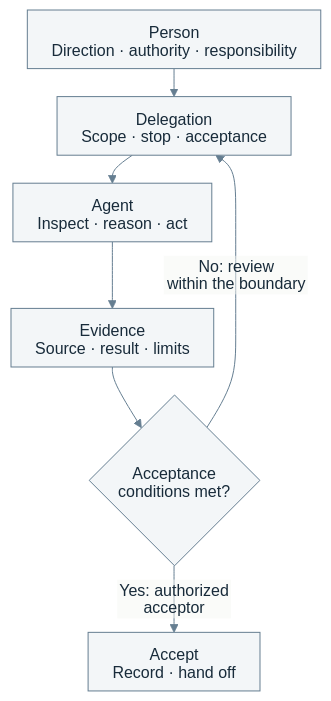
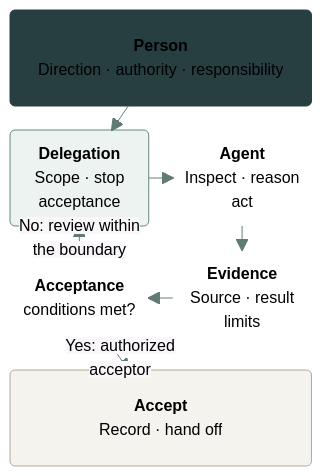
The diagram in docs/human-agent.md (HengYangDS/data-department-work-guidelines), drawn with Mermaid before and after one commit. The commit also changed other lines of this file and 6 other files, not shown here.

````diff
--- a/docs/human-agent.md
+++ b/docs/human-agent.md
@@ -71,30 +79,44 @@
 ```mermaid
 ---
 config:
   theme: base
   look: classic
-  htmlLabels: false
+  htmlLabels: true
   fontFamily: "system-ui, sans-serif"
   themeVariables:
     fontFamily: "system-ui, sans-serif"
     fontSize: "16px"
-    primaryColor: "#f3f6f8"
-    primaryTextColor: "#182b3a"
+    primaryColor: "#fbfaf7"
+    primaryTextColor: "#28373b"
     primaryBorderColor: "#657e91"
-    lineColor: "#657e91"
-  flowchart:
-    nodeSpacing: 24
-    rankSpacing: 28
-    padding: 12
-    wrappingWidth: 280
+    lineColor: "#627a75"
+  themeCSS: |
+    .nodeLabel { font-size: 14px; line-height: 1.35; }
+    .nodeLabel b { font-size: 16px; font-weight: 600; }
+    .nodeLabel small { font-size: 11px; font-weight: 500; letter-spacing: 0.75px; }
+    .edgeLabel { font-size: 12px; line-height: 1.25; }
+    .edgeLabel .label { transform-box: fill-box; transform: translate(8px, -50%); }
+    .edgeLabel .label[data-id$="-V-C"] { transform: translate(8px, -100%); }
+  block:
+    padding: 24
 ---
-flowchart TB
-    accTitle: Delegated capability with retained human responsibility
-    accDescr: A person defines the task boundary. The Agent investigates and acts within it, then returns evidence. An authorized person checks the actual work. Unmet conditions return to review within the boundary; acceptance never expands permission or transfers responsibility.
-    H["Person<br/>Direction · authority · responsibility"] --> B["Delegation<br/>Scope · stop · acceptance"]
-    B --> A["Agent<br/>Inspect · reason · act"]
-    A --> E["Evidence<br/>Source · result · limits"]
-    E --> V{"Acceptance<br/>conditions met?"}
-    V -- "No: review<br/>within the boundary" --> B
-    V -- "Yes: authorized<br/>acceptor" --> C["Accept<br/>Record · hand off"]
+block-beta
+    columns 2
+    H("<b>Person</b><br/>Direction · authority · responsibility"):2
+    B("<b>Delegation</b><br/>Scope · stop<br/>acceptance") A("<b>Agent</b><br/>Inspect · reason<br/>act")
+    V("<b>Acceptance</b><br/>conditions met?") E("<b>Evidence</b><br/>Source · result<br/>limits")
+    C("<b>Accept</b><br/>Record · hand off"):2
+    H --> B
+    B --> A
+    A --> E
+    E --> V
+    V -- "No: review within<br/>the boundary" --> B
+    V -- "Yes: authorized<br/>acceptor" --> C
+    classDef default fill:none,stroke:none,color:#28373b
+    classDef authority fill:#edf3f1,stroke:#648a80,color:#234b42,stroke-width:1px
+    classDef accepted fill:#f5f3ee,stroke:#b4aa95,color:#474134,stroke-width:1px
+    class B authority
+    class H principal
+    class C accepted
+    classDef principal fill:#283f42,stroke:#283f42,color:#ffffff,stroke-width:1px
 ```
````
